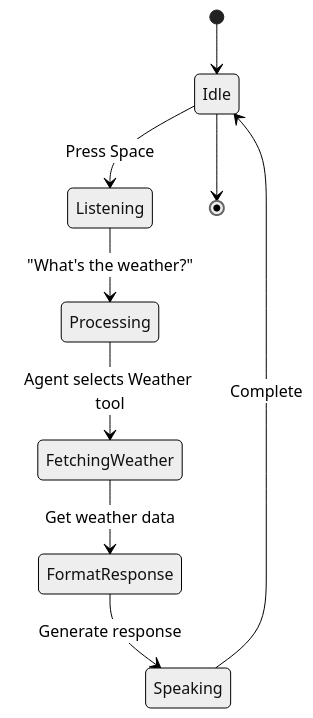
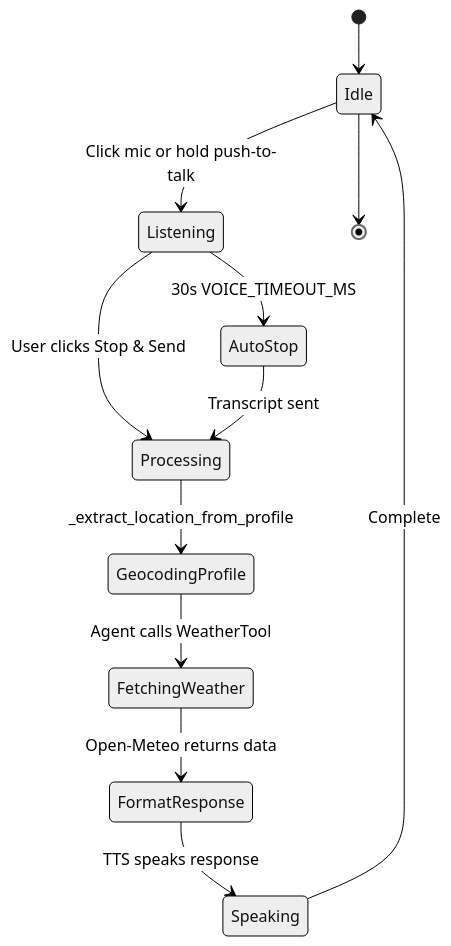
The tenth of 31 diagrams in docs/DIAGRAMS.md (saikiranaravala/PersonalizedVoiceLocationAwareAgent), drawn with Mermaid (neutral theme) before and after one commit. The commit also changed other lines of this file and 4 other files, not shown here.

````diff
--- a/docs/DIAGRAMS.md
+++ b/docs/DIAGRAMS.md
@@ -252,11 +337,14 @@
 ```mermaid
 stateDiagram-v2
     [*] --> Idle
-    Idle --> Listening: Press Space
-    Listening --> Processing: "What's the weather?"
-    Processing --> FetchingWeather: Agent selects Weather tool
-    FetchingWeather --> FormatResponse: Get weather data
-    FormatResponse --> Speaking: Generate response
+    Idle --> Listening: Click mic or hold push-to-talk
+    Listening --> AutoStop: 30s VOICE_TIMEOUT_MS
+    Listening --> Processing: User clicks Stop & Send
+    AutoStop --> Processing: Transcript sent
+    Processing --> GeocodingProfile: _extract_location_from_profile
+    GeocodingProfile --> FetchingWeather: Agent calls WeatherTool
+    FetchingWeather --> FormatResponse: Open-Meteo returns data
+    FormatResponse --> Speaking: TTS speaks response
     Speaking --> Idle: Complete
     Idle --> [*]
 ```
````
